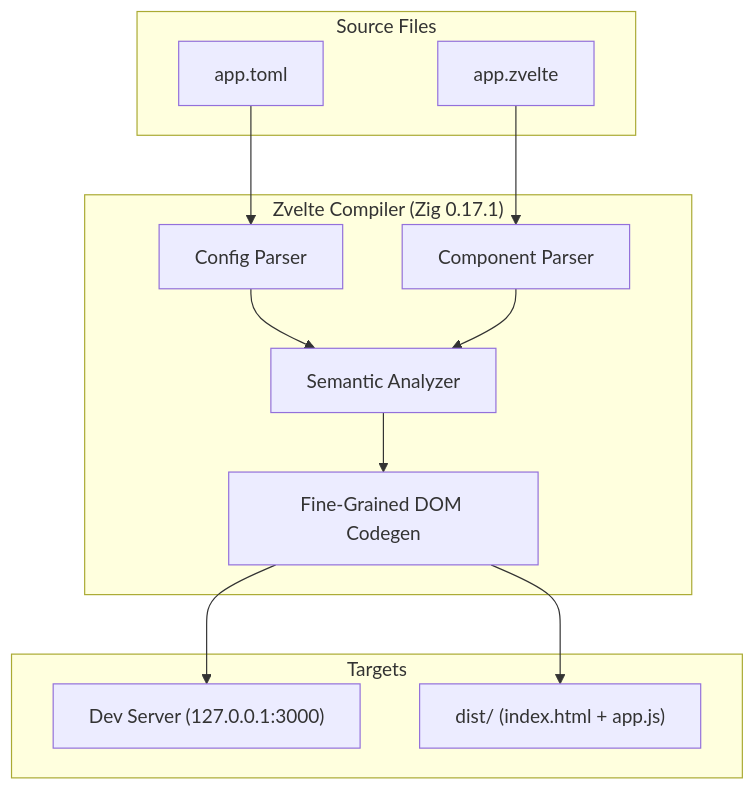
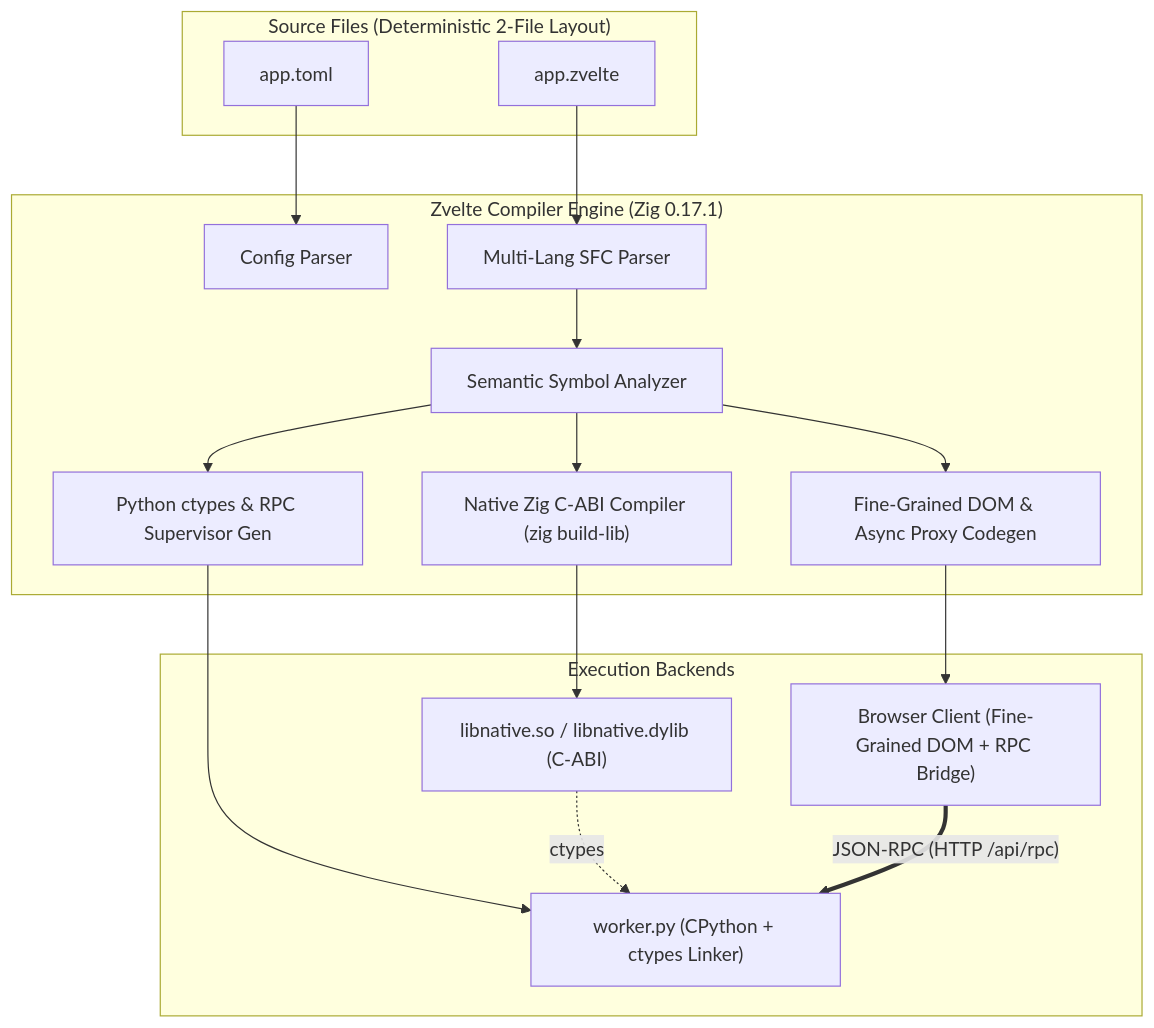
The diagram in README.md (babar-xagi/Zvelte), drawn with Mermaid before and after one commit. The commit also changed other lines of this file and 9 other files, not shown here.

Commit message:
Implement Phase 9: Zig Native C-ABI Shared Library Compilation & Python ctypes Linker (v0.0.4)

````diff
--- a/README.md
+++ b/README.md
@@ -190,27 +190,35 @@
 ```mermaid
 flowchart TD
-    subgraph Inputs["Source Files"]
+    subgraph Inputs["Source Files (Deterministic 2-File Layout)"]
         TOML["app.toml"]
         SFC["app.zvelte"]
     end
 
-    subgraph Compiler["Zvelte Compiler (Zig 0.17.1)"]
+    subgraph Compiler["Zvelte Compiler Engine (Zig 0.17.1)"]
         CFG["Config Parser"]
-        PARSER["Component Parser"]
-        SEM["Semantic Analyzer"]
-        CODEGEN["Fine-Grained DOM Codegen"]
+        PARSER["Multi-Lang SFC Parser"]
+        SEM["Semantic Symbol Analyzer"]
+        NATIVE["Native Zig C-ABI Compiler (zig build-lib)"]
+        PYGEN["Python ctypes & RPC Supervisor Gen"]
+        JSGEN["Fine-Grained DOM & Async Proxy Codegen"]
     end
 
-    subgraph Outputs["Targets"]
-        DEV["Dev Server (127.0.0.1:3000)"]
-        PROD["dist/ (index.html + app.js)"]
+    subgraph Runtime["Execution Backends"]
+        NATIVELIB["libnative.so / libnative.dylib (C-ABI)"]
+        PYWORKER["worker.py (CPython + ctypes Linker)"]
+        CLIENT["Browser Client (Fine-Grained DOM + RPC Bridge)"]
     end
 
     TOML --> CFG
     SFC --> PARSER
-    CFG --> SEM
     PARSER --> SEM
-    SEM --> CODEGEN
-    CODEGEN --> DEV
-    CODEGEN --> PROD
+    SEM --> NATIVE
+    SEM --> PYGEN
+    SEM --> JSGEN
+
+    NATIVE --> NATIVELIB
+    PYGEN --> PYWORKER
+    NATIVELIB -. ctypes .-> PYWORKER
+    JSGEN --> CLIENT
+    CLIENT == JSON-RPC (HTTP /api/rpc) ==> PYWORKER
 ```
````
